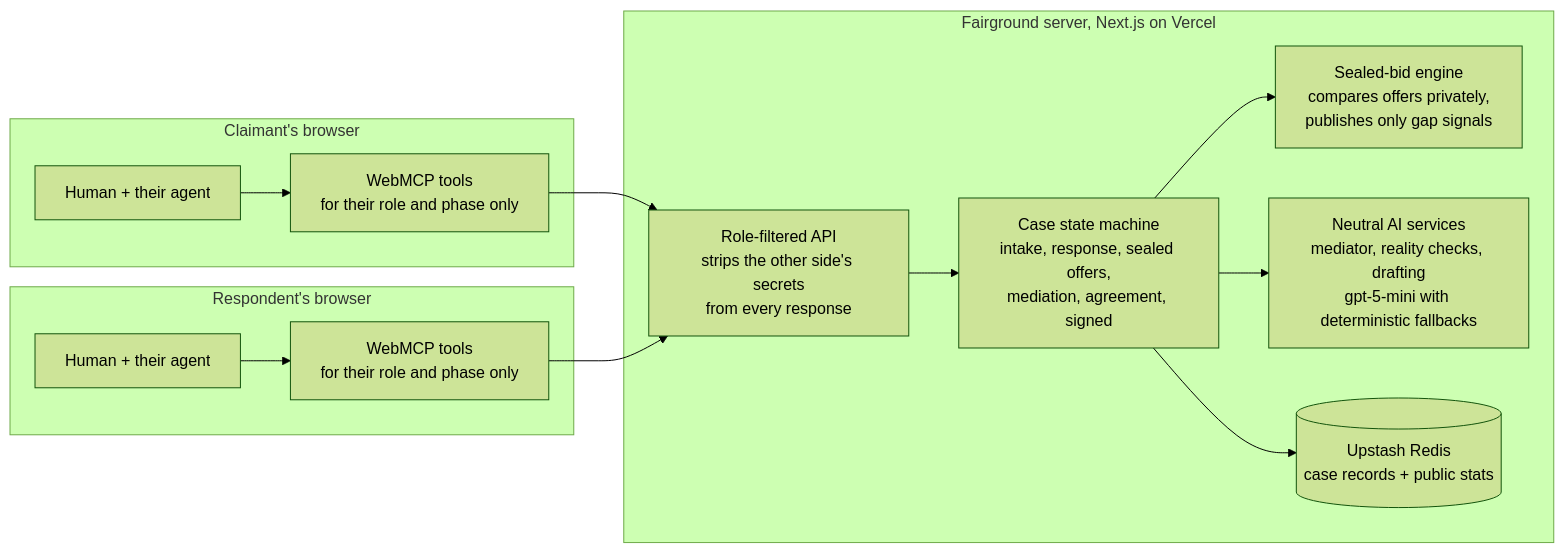
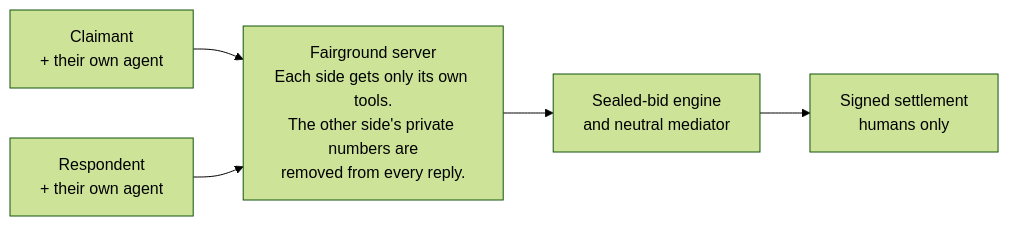
Before and after one commit to usv240/fairground: the first of 2 diagrams in README.md, drawn with Mermaid (forest theme). The commit also changed other lines of this file, not shown here.

````diff
--- a/README.md
+++ b/README.md
@@ -45,17 +57,8 @@
 ```mermaid
 flowchart LR
-    subgraph CB["Claimant's browser"]
-        CA["Human + their agent"] --> CT["WebMCP tools<br/>for their role and phase only"]
-    end
-    subgraph RB["Respondent's browser"]
-        RA["Human + their agent"] --> RT["WebMCP tools<br/>for their role and phase only"]
-    end
-    CT --> API
-    RT --> API
-    subgraph SRV["Fairground server, Next.js on Vercel"]
-        API["Role-filtered API<br/>strips the other side's secrets<br/>from every response"] --> SM["Case state machine<br/>intake, response, sealed offers,<br/>mediation, agreement, signed"]
-        SM --> SB["Sealed-bid engine<br/>compares offers privately,<br/>publishes only gap signals"]
-        SM --> AI["Neutral AI services<br/>mediator, reality checks, drafting<br/>gpt-5-mini with deterministic fallbacks"]
-        SM --> DB[("Upstash Redis<br/>case records + public stats")]
-    end
+    C["Claimant<br/>+ their own agent"] --> F
+    R["Respondent<br/>+ their own agent"] --> F
+    F["Fairground server<br/>Each side gets only its own tools.<br/>The other side's private numbers are<br/>removed from every reply."]
+    F --> E["Sealed-bid engine<br/>and neutral mediator"]
+    E --> S["Signed settlement<br/>humans only"]
 ```
````
